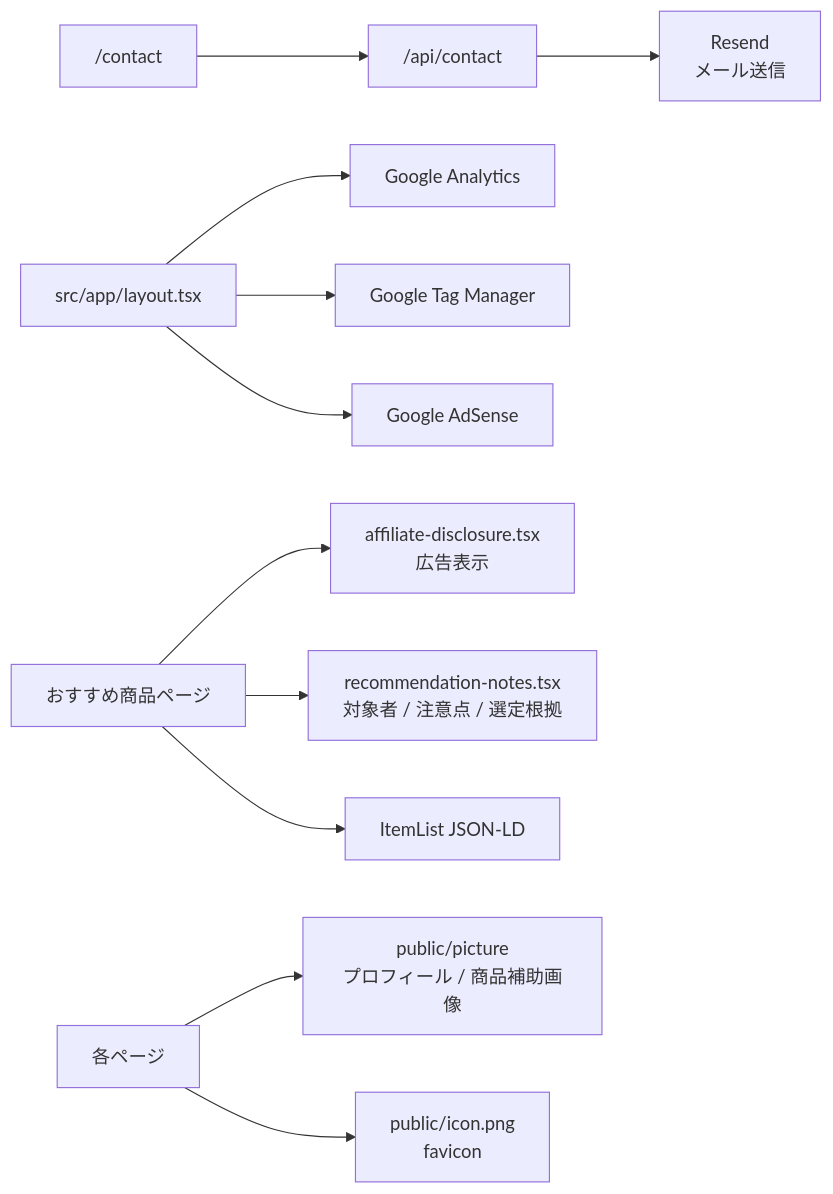
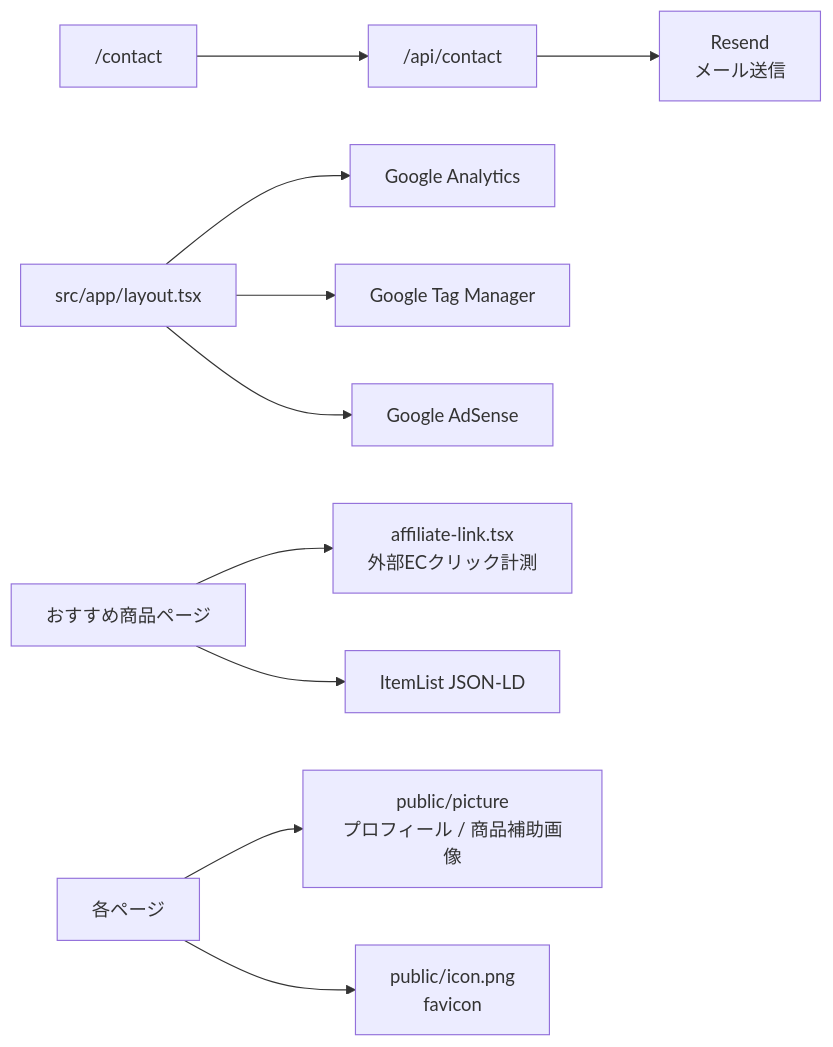
Before and after one commit to nariti12/macho-website: the seventh of 7 diagrams in macho-website/docs/site-architecture-mermaid.md, drawn with Mermaid. The commit also changed 8 other files, not shown here.

````diff
--- a/macho-website/docs/site-architecture-mermaid.md
+++ b/macho-website/docs/site-architecture-mermaid.md
@@ -141,16 +141,15 @@
 ```mermaid
 flowchart LR
   contactPage["/contact"] --> contactApi["/api/contact"]
   contactApi --> resend[Resend<br/>メール送信]
 
   layout[src/app/layout.tsx] --> ga[Google Analytics]
   layout --> gtm[Google Tag Manager]
   layout --> adsense[Google AdSense]
 
-  productPages[おすすめ商品ページ] --> disclosure[affiliate-disclosure.tsx<br/>広告表示]
-  productPages --> notes[recommendation-notes.tsx<br/>対象者 / 注意点 / 選定根拠]
+  productPages[おすすめ商品ページ] --> affiliateLink[affiliate-link.tsx<br/>外部ECクリック計測]
   productPages --> itemList[ItemList JSON-LD]
 
   pages[各ページ] --> picture[public/picture<br/>プロフィール / 商品補助画像]
   pages --> favicon[public/icon.png<br/>favicon]
 ```
````
